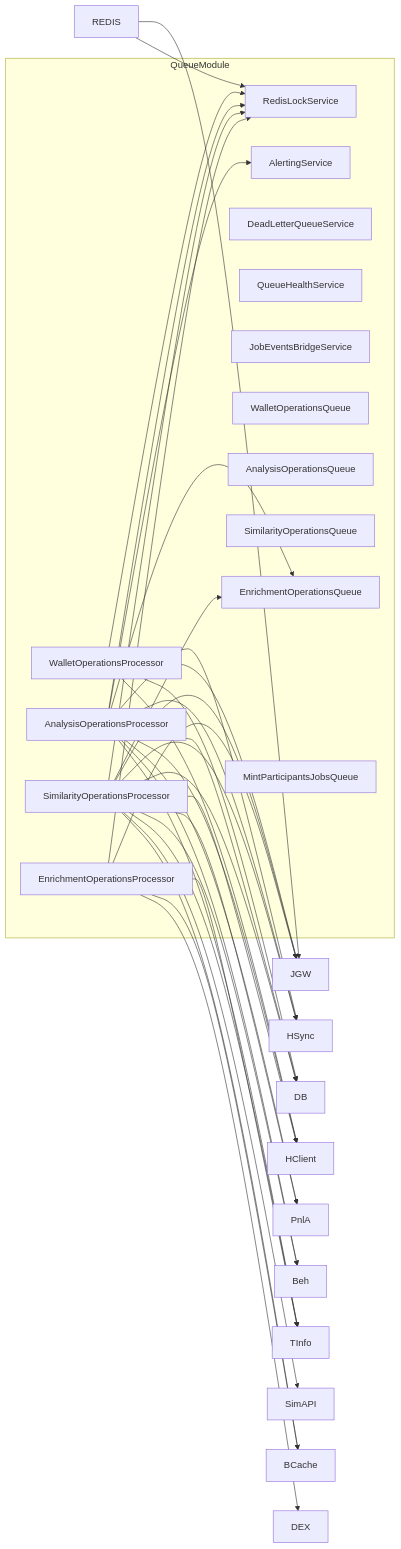
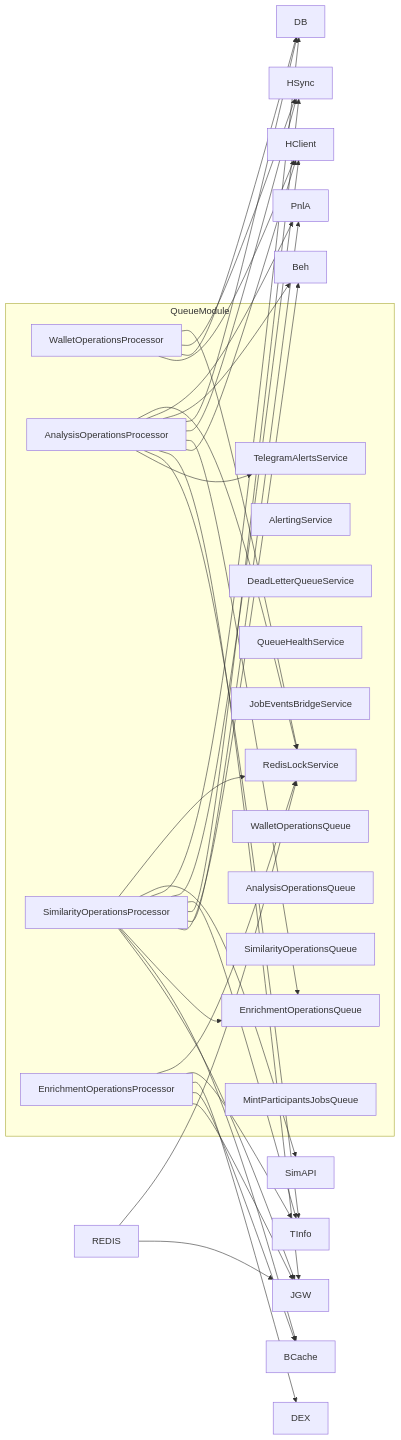
One commit to nydiokar/analyzer changed the fourth of 4 diagrams in src/api/map.md. Above: the diagram before and after it, drawn with Mermaid. The commit also changed other lines of this file and 2 other files, not shown here.

````diff
--- a/src/api/map.md
+++ b/src/api/map.md
@@ -440,57 +444,58 @@
 ```mermaid
 graph LR
   subgraph QueueModule
     RLock[RedisLockService]
     Alert[AlertingService]
     DLQ[DeadLetterQueueService]
     QHS[QueueHealthService]
     JBridge[JobEventsBridgeService]
+    TAlerts[TelegramAlertsService]
     WOQ[WalletOperationsQueue]
     AOQ[AnalysisOperationsQueue]
     SOQ[SimilarityOperationsQueue]
     EOQ[EnrichmentOperationsQueue]
     MPQ[MintParticipantsJobsQueue]
     WOP[WalletOperationsProcessor]
     AOP[AnalysisOperationsProcessor]
     SOP[SimilarityOperationsProcessor]
     EOP[EnrichmentOperationsProcessor]
   end
 
   REDIS --> RLock
   REDIS --> JGW
 
   %% Processor injections
   WOP --> RLock
   WOP --> HSync
   WOP --> DB
   WOP --> HClient
 
   AOP --> RLock
   AOP --> PnlA
   AOP --> Beh
   AOP --> DB
   AOP --> HSync
   AOP --> EOQ
   AOP --> HClient
   AOP --> JGW
   AOP --> TInfo
-  AOP --> Alert
+  AOP --> TAlerts
 
   SOP --> RLock
   SOP --> SimAPI
   SOP --> DB
   SOP --> HClient
   SOP --> TInfo
   SOP --> HSync
   SOP --> PnlA
   SOP --> Beh
   SOP --> EOQ
   SOP --> BCache
   SOP --> JGW
 
   EOP --> RLock
   EOP --> TInfo
   EOP --> DEX
   EOP --> BCache
   EOP --> JGW
 ```
````
